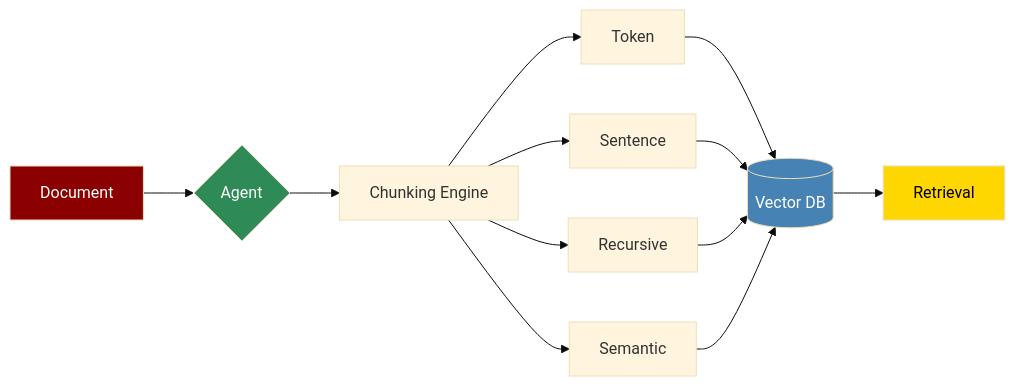
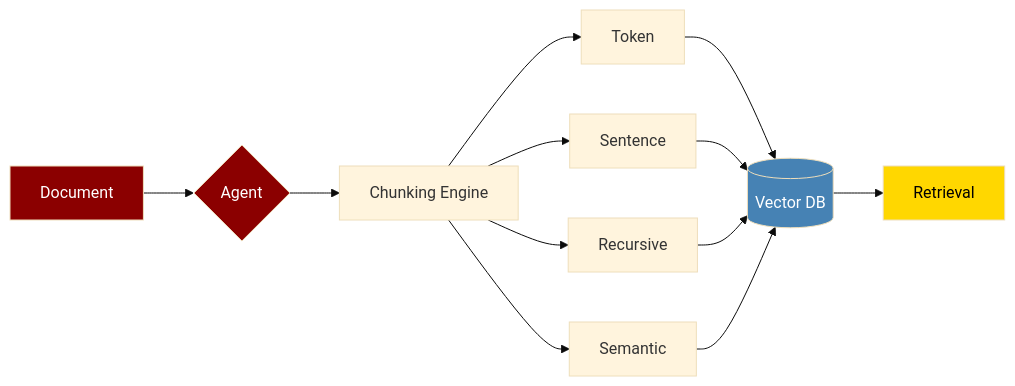
Before and after one commit to MervinPraison/PraisonAIDocs: the first of 2 diagrams in docs/features/chunking-strategies.mdx, drawn with Mermaid (base theme). The commit also changed other lines of this file and 10 other files, not shown here.

First line of the commit message:
docs: normalise §3.1 Mermaid palette in features + tools (fixes #1556)

````diff
--- a/docs/features/chunking-strategies.mdx
+++ b/docs/features/chunking-strategies.mdx
@@ -24,28 +24,28 @@
 ```mermaid
 flowchart LR
     Document[Document] --> Agent{Agent}
     Agent --> Chunker[Chunking Engine]
     Chunker --> Token[Token]
     Chunker --> Sentence[Sentence]
     Chunker --> Recursive[Recursive]
     Chunker --> Semantic[Semantic]
     
     Token --> VectorDB[(Vector DB)]
     Sentence --> VectorDB
     Recursive --> VectorDB
     Semantic --> VectorDB
     
     VectorDB --> Retrieval[Retrieval]
 
     style Document fill:#8B0000,color:#fff
-    style Agent fill:#2E8B57,color:#fff
+    style Agent fill:#8B0000,color:#fff
     style VectorDB fill:#4682B4,color:#fff
     style Retrieval fill:#FFD700,color:#000
     classDef agent fill:#8B0000,stroke:#7C90A0,color:#fff
     classDef tool fill:#189AB4,stroke:#7C90A0,color:#fff
     classDef success fill:#10B981,stroke:#7C90A0,color:#fff
     class A agent
     class B,C tool
     class D success
 
 ```
````
